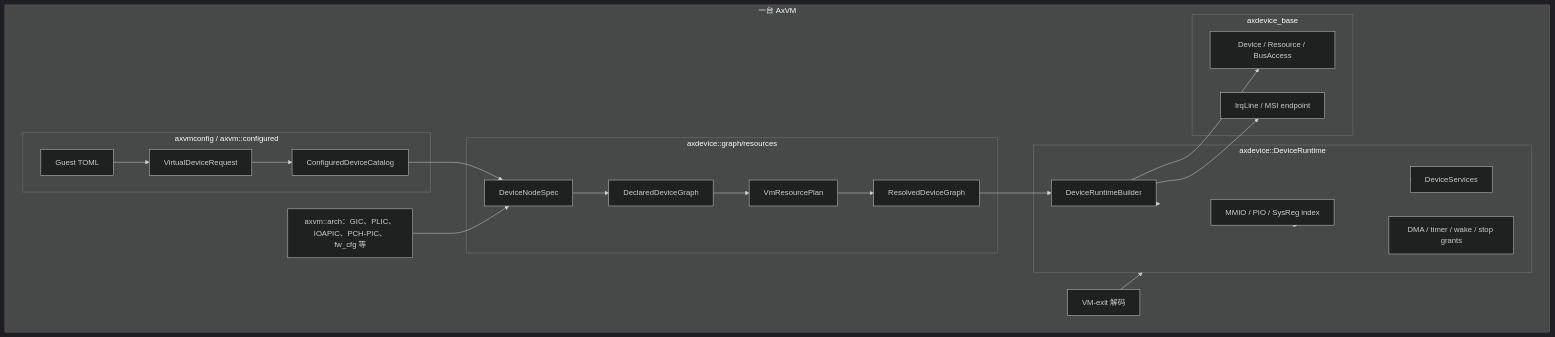
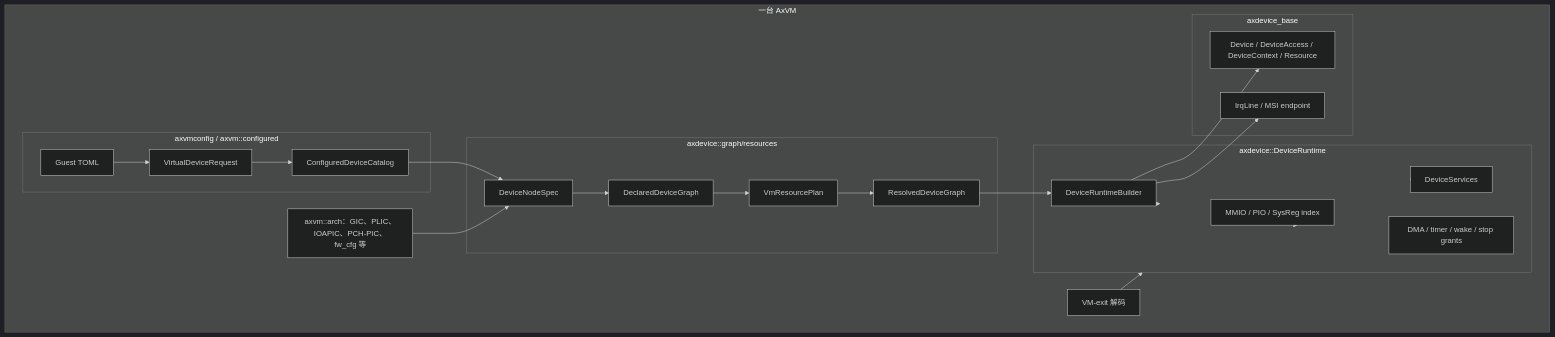
One commit to 451846939/tgoskits changed the first of 5 diagrams in docs/docs/architecture/axvisor/emulated-devices.md. Above: the diagram before and after it, drawn with Mermaid (dark theme). The commit also changed other lines of this file and 41 other files, not shown here.

First line of the commit message:
fix(axdevice)!: bind device access to the issuing vCPU (#2092)

````diff
--- a/docs/docs/architecture/axvisor/emulated-devices.md
+++ b/docs/docs/architecture/axvisor/emulated-devices.md
@@ -36,38 +36,38 @@
 ```mermaid
 flowchart TB
     subgraph VM["一台 AxVM"]
         subgraph CONFIG["axvmconfig / axvm::configured"]
             Toml["Guest TOML"]
             Catalog["ConfiguredDeviceCatalog"]
             Request["VirtualDeviceRequest"]
         end
         subgraph GRAPH["axdevice::graph/resources"]
             Node["DeviceNodeSpec"]
             Declared["DeclaredDeviceGraph"]
             Plan["VmResourcePlan"]
             Resolved["ResolvedDeviceGraph"]
         end
         subgraph RUNTIME["axdevice::DeviceRuntime"]
             Builder["DeviceRuntimeBuilder"]
             Indices["MMIO / PIO / SysReg index"]
             Services["DeviceServices"]
             Grants["DMA / timer / wake / stop grants"]
         end
         subgraph BASE["axdevice_base"]
-            Contract["Device / Resource / BusAccess"]
+            Contract["Device / DeviceAccess / DeviceContext / Resource"]
             Interrupt["IrqLine / MSI endpoint"]
         end
         Arch["axvm::arch：GIC、PLIC、IOAPIC、PCH-PIC、fw_cfg 等"]
         Exit["VM-exit 解码"]
     end
 
     Toml --> Request --> Catalog --> Node
     Arch --> Node
     Node --> Declared --> Plan --> Resolved --> Builder --> RUNTIME
     Builder --> Contract
     Builder --> Interrupt
     RUNTIME --> Indices
     RUNTIME --> Services
     RUNTIME --> Grants
     Exit --> RUNTIME
 ```
````
